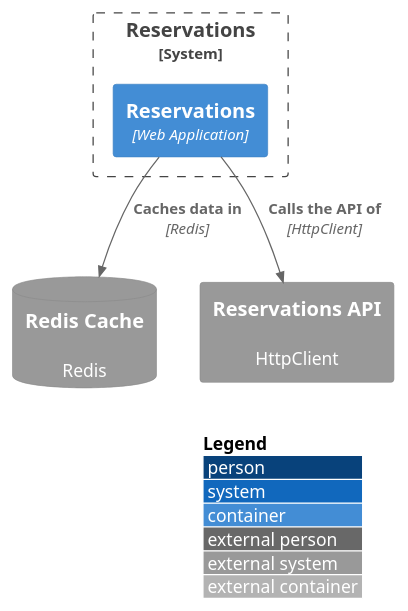
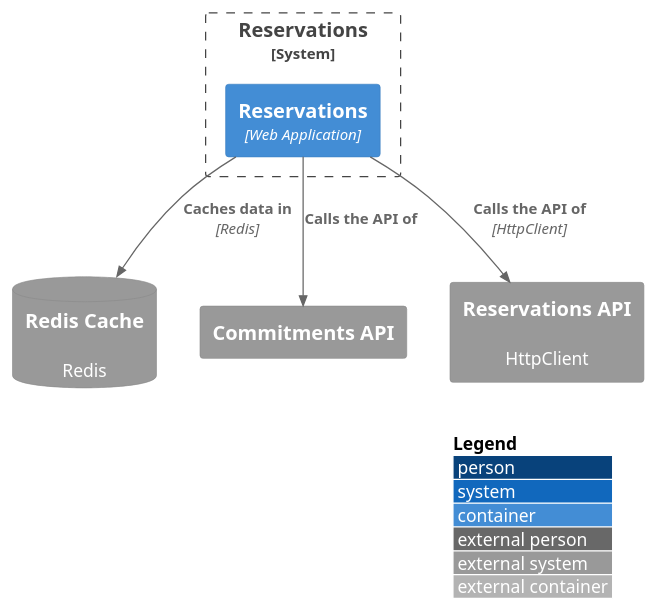
Before and after one commit to talentconsulting/service-catalogue-data: the diagram in das-reservations/service-dependencies/service-dependencies.puml, drawn with PlantUML. The commit also changed 46 other files, not shown here.

```diff
--- a/das-reservations/service-dependencies/service-dependencies.puml
+++ b/das-reservations/service-dependencies/service-dependencies.puml
@@ -1,15 +1,17 @@
 @startuml
 !include https://raw.githubusercontent.com/plantuml-stdlib/C4-PlantUML/master/C4_Container.puml
 LAYOUT_WITH_LEGEND()
 
 System_Boundary(sys_SkillsFundingAgency_das_reservations, "Reservations") {
   Container(c_reservations_web, "Reservations", "Web Application")
 }
 
 SystemDb_Ext(d_cache_redis_cache, "Redis Cache", "Redis")
+System_Ext(d_http_api_commitments_api, "Commitments API")
 System_Ext(d_http_api_reservations_api, "Reservations API", "HttpClient")
 
 Rel(c_reservations_web, d_cache_redis_cache, "Caches data in", "Redis")
+Rel(c_reservations_web, d_http_api_commitments_api, "Calls the API of")
 Rel(c_reservations_web, d_http_api_reservations_api, "Calls the API of", "HttpClient")
 
 @enduml
```
